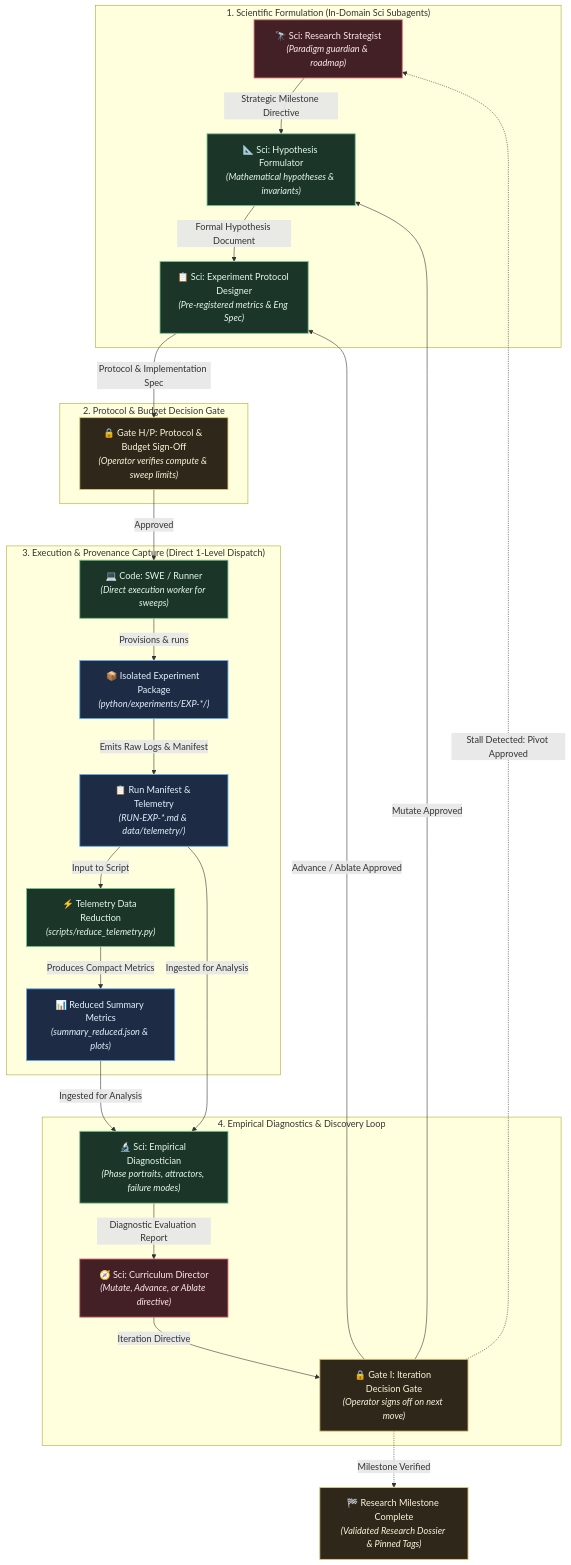
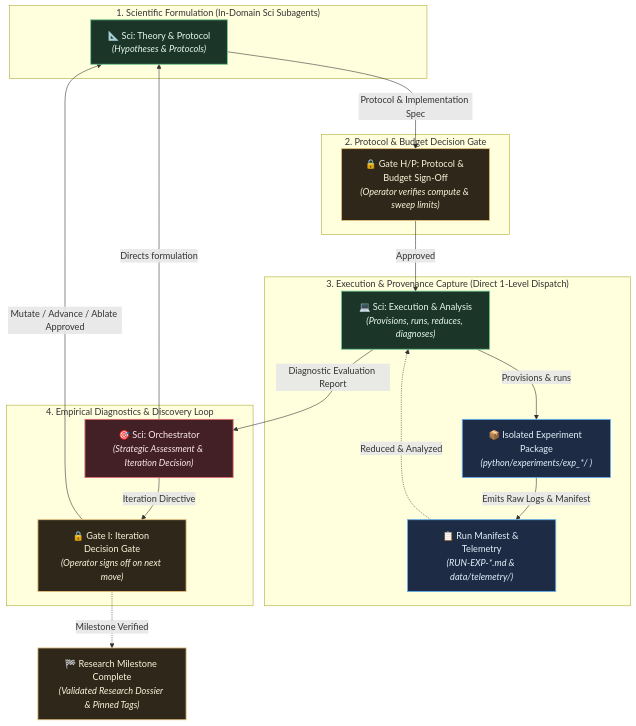
The fourth of 4 diagrams in README.md (Shapedsundew9/rust-python-template), drawn with Mermaid before and after one commit. The commit also changed other lines of this file and 20 other files, not shown here.

First line of the commit message:
Refactor campaign and experiment templates; introduce new agents for execution analysis and theory/protocol development

````diff
--- a/README.md
+++ b/README.md
@@ -403,76 +403,65 @@
 ```mermaid
 %%{init: {
   'theme': 'base',
   'themeVariables': {
     'darkMode': true,
     'background': '#161922',
     'mainBkg': '#1e2230',
     'nodeBorder': '#434c5e',
     'textColor': '#e2e8f0',
     'fontFamily': 'ui-sans-serif, system-ui, -apple-system, BlinkMacSystemFont, "Segoe UI", Roboto, sans-serif',
     'fontSize': '14px',
     'lineColor': '#8892b0',
     'primaryColor': '#422026',
     'primaryTextColor': '#fde8ec',
     'primaryBorderColor': '#e06c75',
     'secondaryColor': '#1b3528',
     'secondaryTextColor': '#e6f7ee',
     'secondaryBorderColor': '#73c991',
     'tertiaryColor': '#1d2c44',
     'tertiaryTextColor': '#e4f0fc',
     'tertiaryBorderColor': '#61afef',
     'clusterBkg': '#13161f',
     'clusterBorder': '#373e51',
     'noteBkgColor': '#2e271a',
     'noteTextColor': '#fdf4db',
     'noteBorderColor': '#e5c07b',
     'edgeLabelBackground': '#1a1d27'
   }
 }}%%
 flowchart TD
     classDef primary fill:#422026,stroke:#e06c75,stroke-width:1.5px,color:#fde8ec;
     classDef secondary fill:#1b3528,stroke:#73c991,stroke-width:1.5px,color:#e6f7ee;
     classDef tertiary fill:#1d2c44,stroke:#61afef,stroke-width:1.5px,color:#e4f0fc;
     classDef note fill:#2e271a,stroke:#e5c07b,stroke-width:1.5px,color:#fdf4db;
 
     subgraph FORMULATION["1. Scientific Formulation (In-Domain Sci Subagents)"]
-        STRAT["🔭 Sci: Research Strategist<br/><i>(Paradigm guardian & roadmap)</i>"]:::primary
-        HYP["📐 Sci: Hypothesis Formulator<br/><i>(Mathematical hypotheses & invariants)</i>"]:::secondary
-        PROTO["📋 Sci: Experiment Protocol Designer<br/><i>(Pre-registered metrics & Eng Spec)</i>"]:::secondary
+        THEORY["📐 Sci: Theory & Protocol<br/><i>(Hypotheses & Protocols)</i>"]:::secondary
     end
 
     subgraph PROTOCOL_GATE["2. Protocol & Budget Decision Gate"]
         GATE_HP["🔒 Gate H/P: Protocol & Budget Sign-Off<br/><i>(Operator verifies compute & sweep limits)</i>"]:::note
     end
 
     subgraph EXECUTION["3. Execution & Provenance Capture (Direct 1-Level Dispatch)"]
-        EXEC_W["💻 Code: SWE / Runner<br/><i>(Direct execution worker for sweeps)</i>"]:::secondary
-        EXP_PKG["📦 Isolated Experiment Package<br/><i>(python/experiments/EXP-*/)</i>"]:::tertiary
+        EXEC["💻 Sci: Execution & Analysis<br/><i>(Provisions, runs, reduces, diagnoses)</i>"]:::secondary
+        EXP_PKG["📦 Isolated Experiment Package<br/><i>(python/experiments/exp_*/ )</i>"]:::tertiary
         RUN_MANIFEST["📋 Run Manifest & Telemetry<br/><i>(RUN-EXP-*.md & data/telemetry/)</i>"]:::tertiary
-        REDUCE["⚡ Telemetry Data Reduction<br/><i>(scripts/reduce_telemetry.py)</i>"]:::secondary
-        SUMMARY["📊 Reduced Summary Metrics<br/><i>(summary_reduced.json & plots)</i>"]:::tertiary
-        EXEC_W -->|"Provisions & runs"| EXP_PKG
+        EXEC -->|"Provisions & runs"| EXP_PKG
         EXP_PKG -->|"Emits Raw Logs & Manifest"| RUN_MANIFEST
+        RUN_MANIFEST -.->|"Reduced & Analyzed"| EXEC
     end
 
     subgraph EVALUATION["4. Empirical Diagnostics & Discovery Loop"]
-        DIAG["🔬 Sci: Empirical Diagnostician<br/><i>(Phase portraits, attractors, failure modes)</i>"]:::secondary
-        CURR["🧭 Sci: Curriculum Director<br/><i>(Mutate, Advance, or Ablate directive)</i>"]:::primary
+        ORCH_ITER["🎯 Sci: Orchestrator<br/><i>(Strategic Assessment & Iteration Decision)</i>"]:::primary
         GATE_I["🔒 Gate I: Iteration Decision Gate<br/><i>(Operator signs off on next move)</i>"]:::note
     end
 
-    STRAT -->|"Strategic Milestone Directive"| HYP
-    HYP -->|"Formal Hypothesis Document"| PROTO
-    PROTO -->|"Protocol & Implementation Spec"| GATE_HP
-    GATE_HP -->|"Approved"| EXEC_W
-    RUN_MANIFEST -->|"Input to Script"| REDUCE
-    REDUCE -->|"Produces Compact Metrics"| SUMMARY
-    SUMMARY & RUN_MANIFEST -->|"Ingested for Analysis"| DIAG
-    DIAG -->|"Diagnostic Evaluation Report"| CURR
-    CURR -->|"Iteration Directive"| GATE_I
-
-    GATE_I -->|"Mutate Approved"| HYP
-    GATE_I -->|"Advance / Ablate Approved"| PROTO
-    GATE_I -.->|"Stall Detected: Pivot Approved"| STRAT
+    ORCH_ITER -->|"Directs formulation"| THEORY
+    THEORY -->|"Protocol & Implementation Spec"| GATE_HP
+    GATE_HP -->|"Approved"| EXEC
+    EXEC -->|"Diagnostic Evaluation Report"| ORCH_ITER
+    ORCH_ITER -->|"Iteration Directive"| GATE_I
+    GATE_I -->|"Mutate / Advance / Ablate Approved"| THEORY
     GATE_I -.->|"Milestone Verified"| MILESTONE_DONE["🏁 Research Milestone Complete<br/><i>(Validated Research Dossier & Pinned Tags)</i>"]:::note
 ```
````
